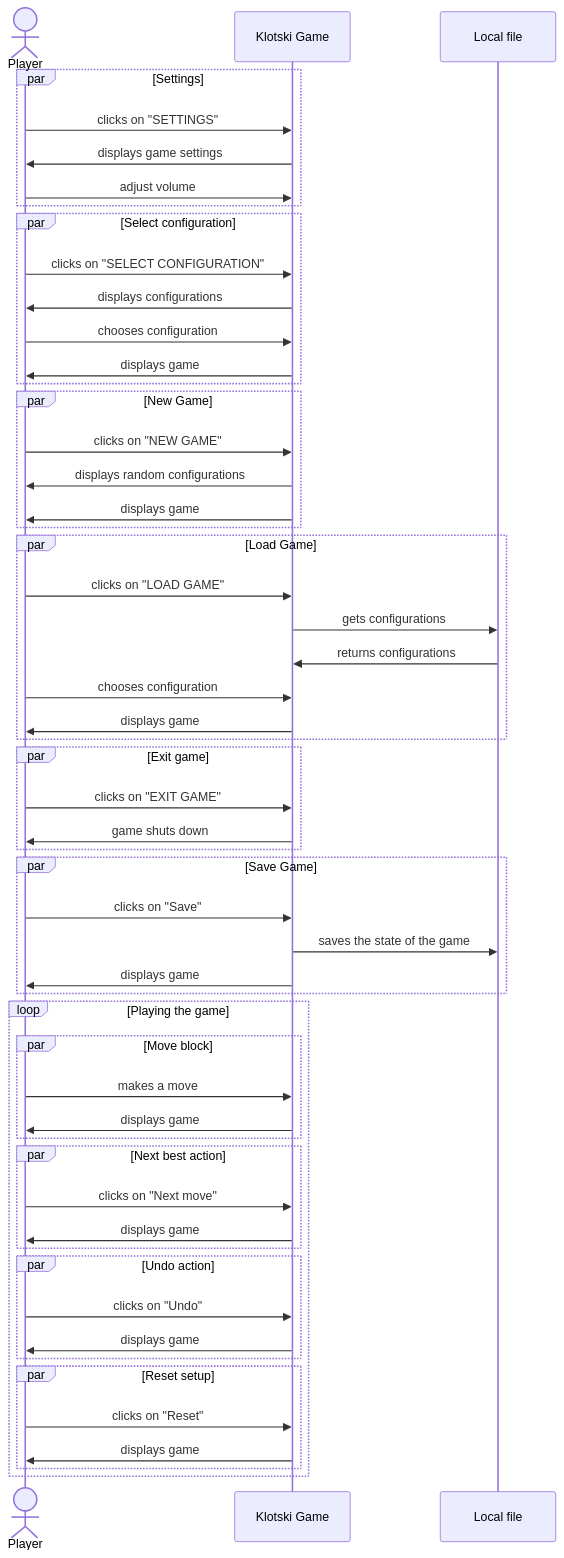
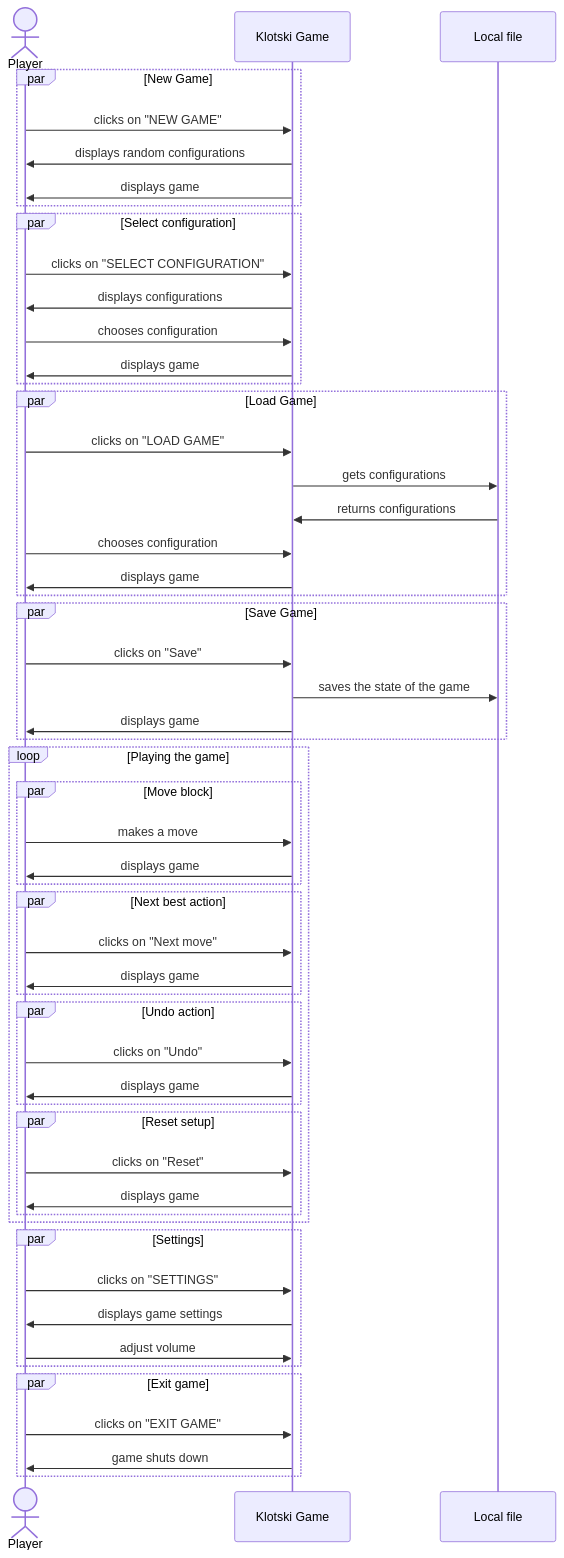
The first of 2 diagrams in docs/sequence_diagram/index.md (BIRSAx2/klotski), drawn with Mermaid before and after one commit.

Commit message:
Reorganized system sequence diagram

````diff
--- a/docs/sequence_diagram/index.md
+++ b/docs/sequence_diagram/index.md
@@ -7,75 +7,74 @@
 ```mermaid
 sequenceDiagram
     actor Player
     Participant Klotski Game
     participant Local file
 
 
-    par Settings
-        Player ->> Klotski Game: clicks on "SETTINGS"
-        Klotski Game ->> Player: displays game settings
-        Player ->> Klotski Game: adjust volume
+    par New Game
+        Player ->> Klotski Game: clicks on "NEW GAME"
+        Klotski Game ->> Player: displays random configurations
+        Klotski Game ->> Player: displays game
     end
 
 
     par Select configuration
         Player ->> Klotski Game: clicks on "SELECT CONFIGURATION"
         Klotski Game ->> Player: displays configurations
         Player ->> Klotski Game: chooses configuration
         Klotski Game ->> Player: displays game
     end
 
 
-    par New Game
-        Player ->> Klotski Game: clicks on "NEW GAME"
-        Klotski Game ->> Player: displays random configurations
-        Klotski Game ->> Player: displays game
-    end
-
-
     par Load Game
         Player ->> Klotski Game: clicks on "LOAD GAME"
         Klotski Game ->> Local file: gets configurations
         Local file ->>  Klotski Game: returns configurations
         Player ->>  Klotski Game: chooses configuration
         Klotski Game ->> Player: displays game
-    end
-    
-
-    par Exit game
-        Player ->> Klotski Game: clicks on "EXIT GAME"
-        Klotski Game ->> Player: game shuts down
     end
 
 
     par Save Game
         Player ->> Klotski Game: clicks on "Save"
         Klotski Game ->> Local file: saves the state of the game
         Klotski Game ->> Player : displays game
     end
 
 
 
     loop Playing the game
         par Move block
             Player ->> Klotski Game: makes a move
             Klotski Game ->> Player: displays game
         end
 
         par Next best action
             Player ->> Klotski Game: clicks on "Next move"
             Klotski Game ->> Player: displays game
         end
 
         par Undo action
             Player ->> Klotski Game: clicks on "Undo"
             Klotski Game ->> Player: displays game
                 
         end
 
         par Reset setup
             Player ->> Klotski Game: clicks on "Reset"
             Klotski Game ->> Player: displays game
         end
     end
+
+    par Settings
+        Player ->> Klotski Game: clicks on "SETTINGS"
+        Klotski Game ->> Player: displays game settings
+        Player ->> Klotski Game: adjust volume
+    end
+
+
+    par Exit game
+        Player ->> Klotski Game: clicks on "EXIT GAME"
+        Klotski Game ->> Player: game shuts down
+    end
 ```
````
